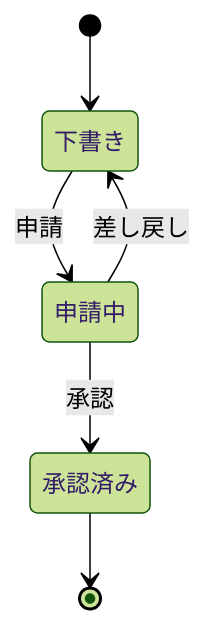
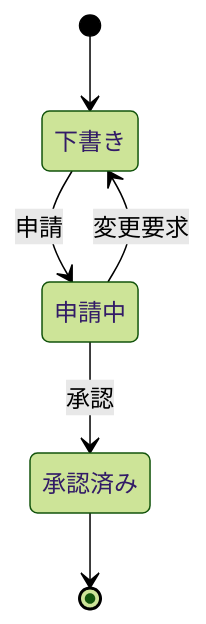
The eighth of 9 diagrams in plugins/ndf/skills/document-style/01-diagram-guide.md (devbasex/ai-plugins), drawn with Mermaid (forest theme) before and after one commit. The commit also changed other lines of this file and 3010 other files, not shown here.

````diff
--- a/plugins/ndf/skills/document-style/01-diagram-guide.md
+++ b/plugins/ndf/skills/document-style/01-diagram-guide.md
@@ -135,8 +135,8 @@
 ```mermaid
 stateDiagram-v2
     [*] --> 下書き
     下書き --> 申請中: 申請
     申請中 --> 承認済み: 承認
-    申請中 --> 下書き: 差し戻し
+    申請中 --> 下書き: 変更要求
     承認済み --> [*]
 ```
````
